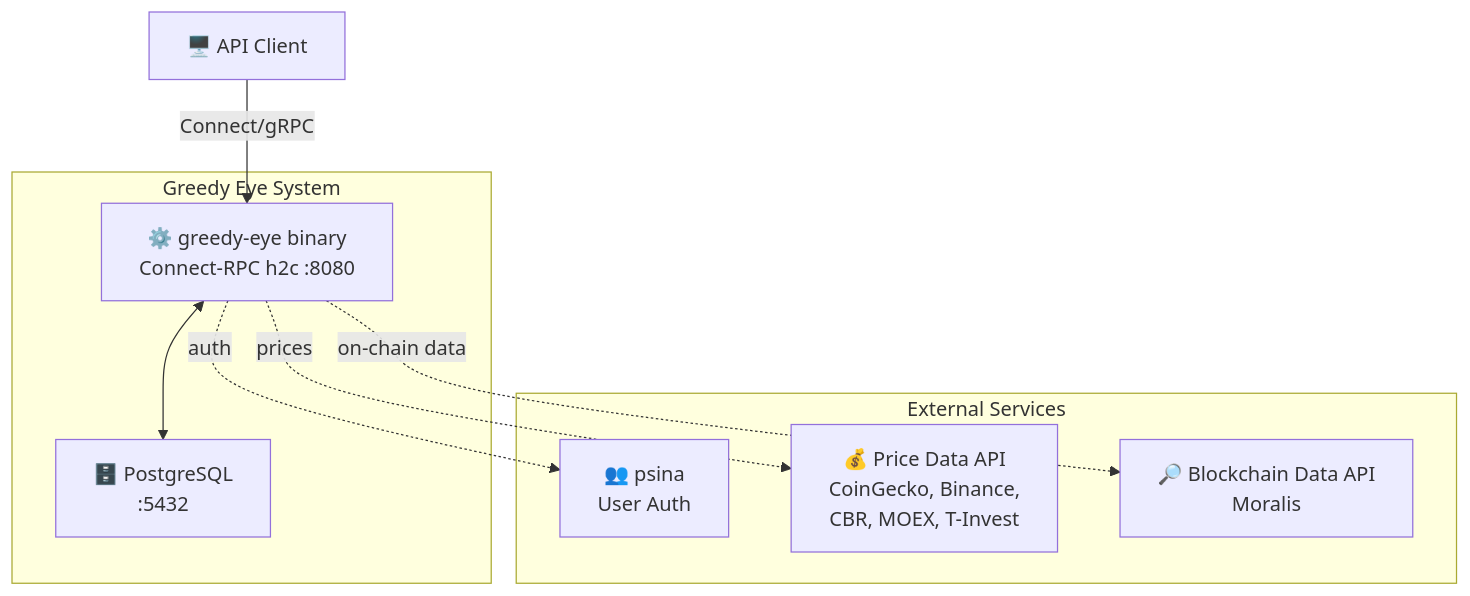
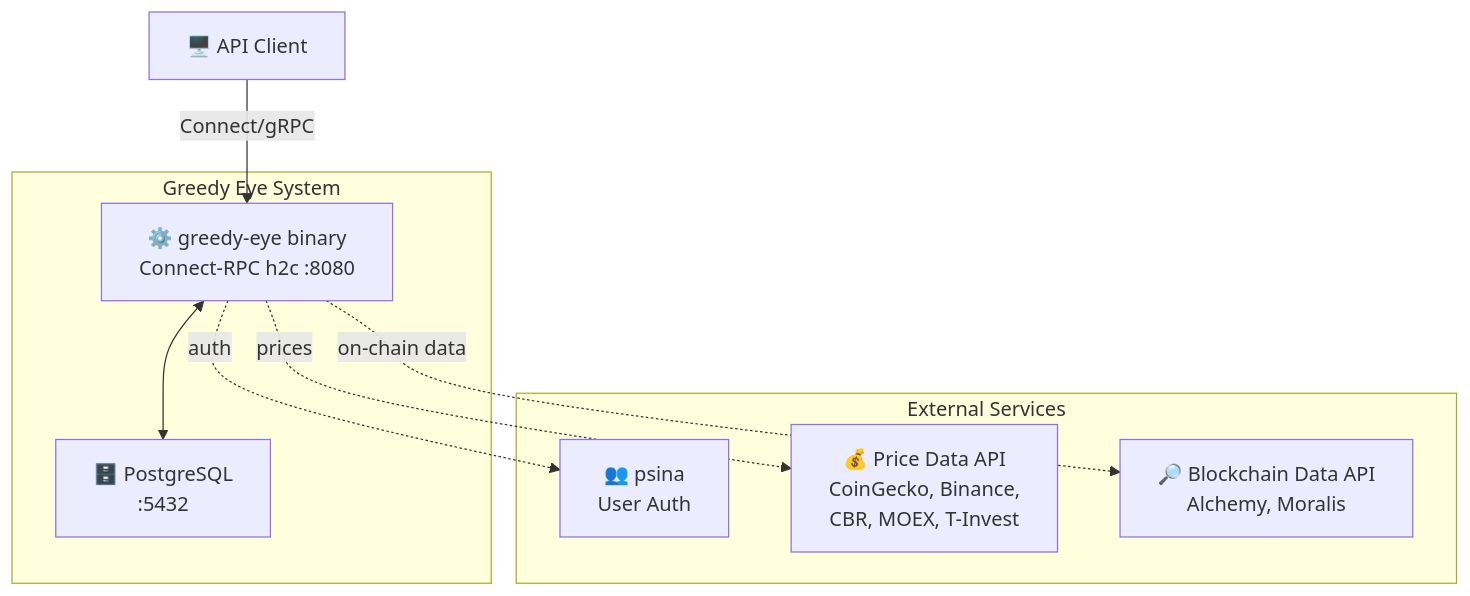
Before and after one commit to foxcool/greedy-eye: the second of 3 diagrams in docs/architecture.md, drawn with Mermaid. The commit also changed other lines of this file and 1 other file, not shown here.

First line of the commit message:
docs(architecture): catch the document up, including two things it stated wrongly

````diff
--- a/docs/architecture.md
+++ b/docs/architecture.md
@@ -240,19 +240,19 @@
 ```mermaid
 graph TB
     subgraph "Greedy Eye System"
         App[⚙️ greedy-eye binary<br/>Connect-RPC h2c :8080]
         Database[🗄️ PostgreSQL<br/>:5432]
     end
 
     subgraph "External Services"
         Psina[👥 psina<br/>User Auth]
         PriceAPI[💰 Price Data API<br/>CoinGecko, Binance,<br/>CBR, MOEX, T-Invest]
-        BlockchainAPI[🔎 Blockchain Data API<br/>Moralis]
+        BlockchainAPI[🔎 Blockchain Data API<br/>Alchemy, Moralis]
     end
 
     APIClient[🖥️ API Client] -->|Connect/gRPC| App
     App <--> Database
     App -.->|prices| PriceAPI
     App -.->|on-chain data| BlockchainAPI
     App -.->|auth| Psina
 ```
````
